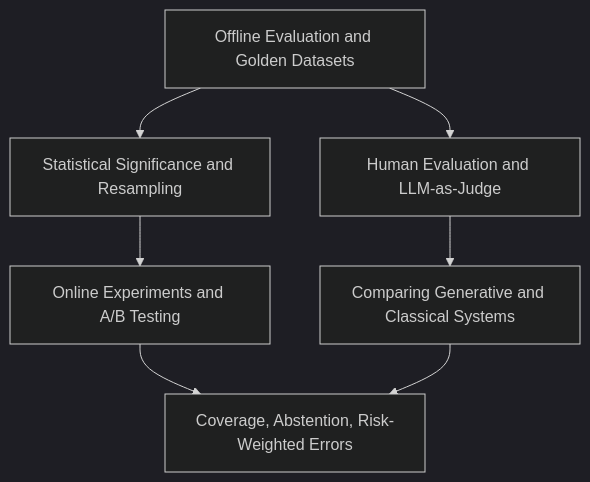
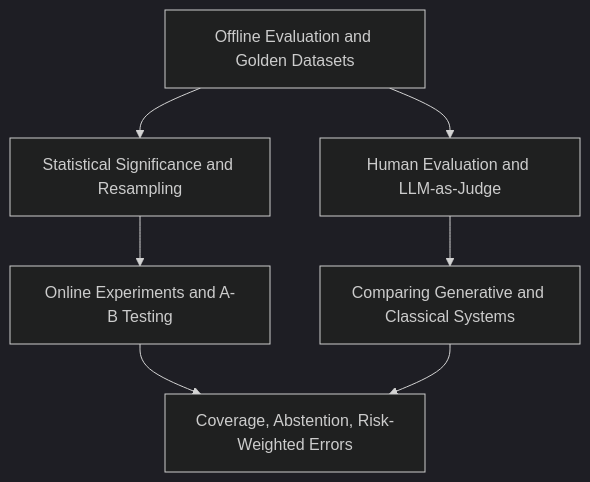
One commit to tilt/data-science-wiki changed the diagram in content/17-experimentation-and-evaluation/index.md. Above: the diagram before and after it, drawn with Mermaid (dark theme). The commit also changed other lines of this file and 68 other files, not shown here.

````diff
--- a/content/17-experimentation-and-evaluation/index.md
+++ b/content/17-experimentation-and-evaluation/index.md
@@ -44,9 +44,9 @@
 ```mermaid
 flowchart TD
   Offline[Offline Evaluation and Golden Datasets] --> Stats[Statistical Significance and Resampling]
-  Stats --> Online[Online Experiments and A/B Testing]
+  Stats --> Online[Online Experiments and A-B Testing]
   Offline --> Human[Human Evaluation and LLM-as-Judge]
   Human --> GenAI[Comparing Generative and Classical Systems]
   Online --> Risk[Coverage, Abstention, Risk-Weighted Errors]
   GenAI --> Risk
 ```
````
